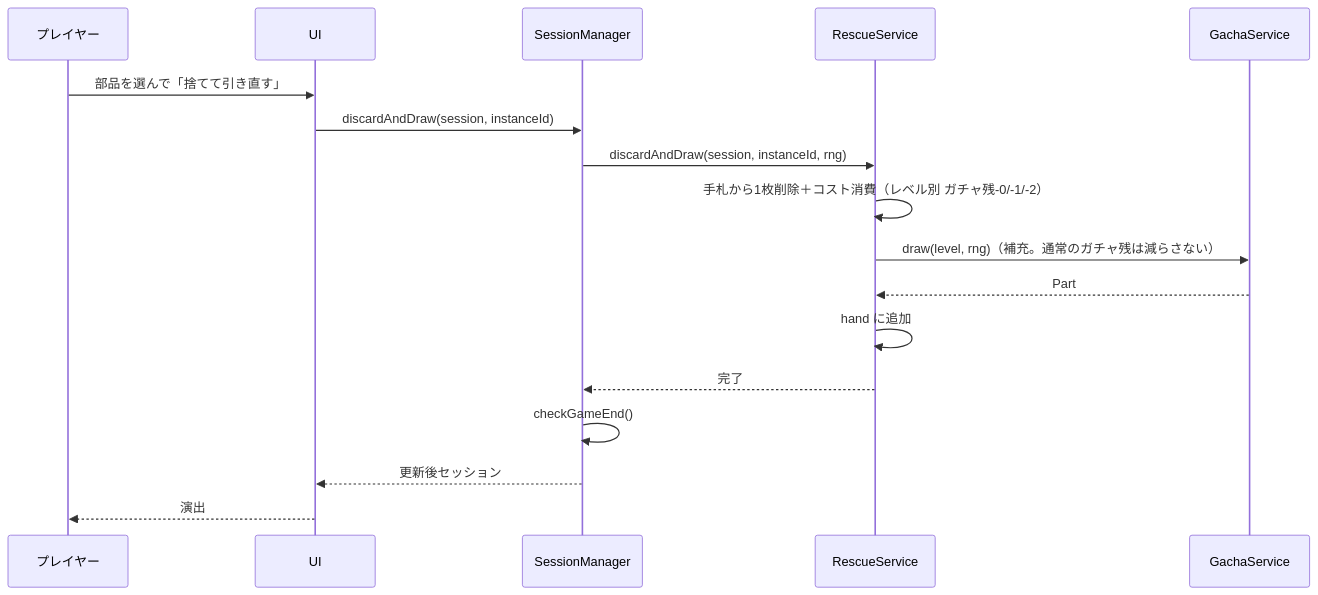
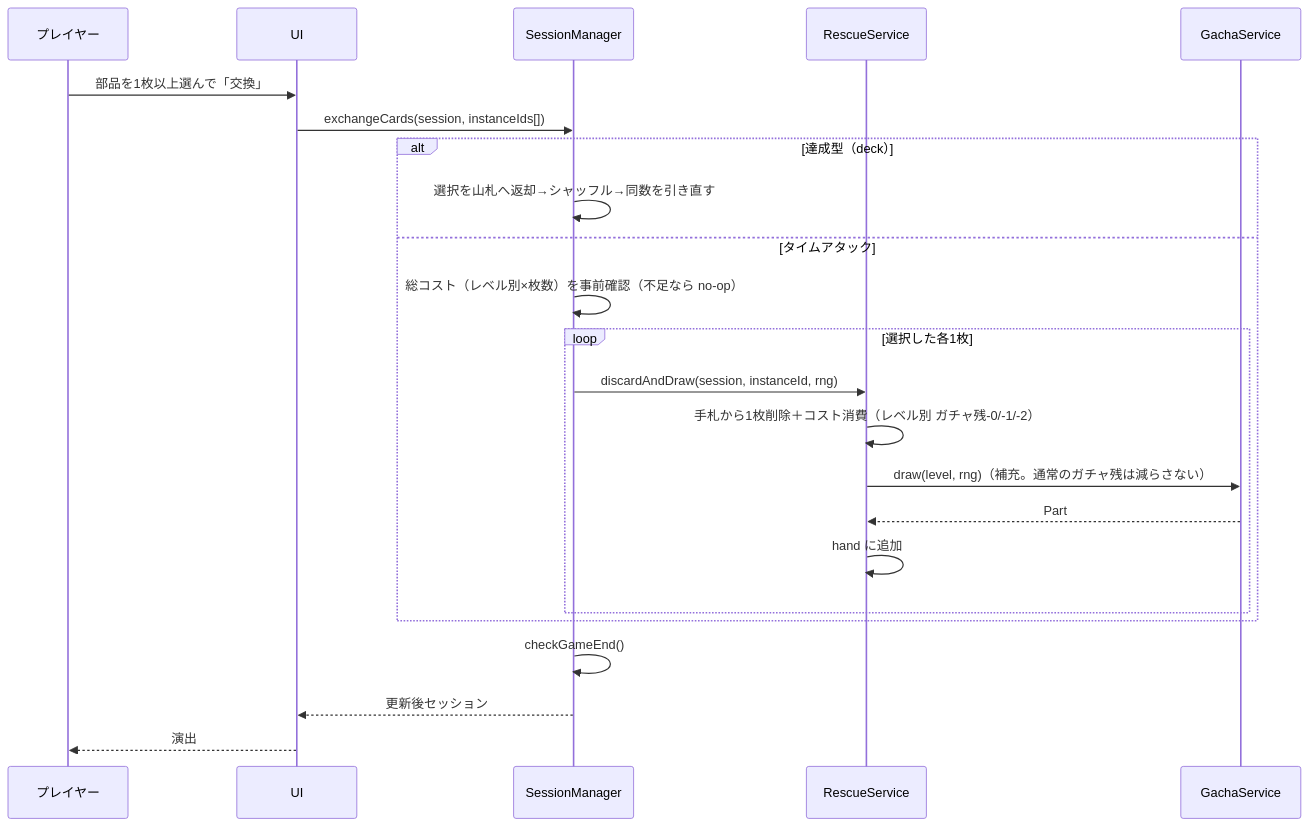
Before and after one commit to fuji18/kanji_gacha: the seventh of 7 diagrams in docs/functional-design.md, drawn with Mermaid. The commit also changed other lines of this file and 2 other files, not shown here.

````diff
--- a/docs/functional-design.md
+++ b/docs/functional-design.md
@@ -625,20 +639,26 @@
 ```mermaid
 sequenceDiagram
     participant U as プレイヤー
     participant UI
     participant SM as SessionManager
     participant R as RescueService
     participant G as GachaService
 
-    U->>UI: 部品を選んで「捨てて引き直す」
-    UI->>SM: discardAndDraw(session, instanceId)
-    SM->>R: discardAndDraw(session, instanceId, rng)
-    R->>R: 手札から1枚削除＋コスト消費（レベル別 ガチャ残-0/-1/-2）
-    R->>G: draw(level, rng)（補充。通常のガチャ残は減らさない）
-    G-->>R: Part
-    R->>R: hand に追加
-    R-->>SM: 完了
+    U->>UI: 部品を1枚以上選んで「交換」
+    UI->>SM: exchangeCards(session, instanceIds[])
+    alt 達成型（deck）
+        SM->>SM: 選択を山札へ返却→シャッフル→同数を引き直す
+    else タイムアタック
+        SM->>SM: 総コスト（レベル別×枚数）を事前確認（不足なら no-op）
+        loop 選択した各1枚
+            SM->>R: discardAndDraw(session, instanceId, rng)
+            R->>R: 手札から1枚削除＋コスト消費（レベル別 ガチャ残-0/-1/-2）
+            R->>G: draw(level, rng)（補充。通常のガチャ残は減らさない）
+            G-->>R: Part
+            R->>R: hand に追加
+        end
+    end
     SM->>SM: checkGameEnd()
     SM-->>UI: 更新後セッション
     UI-->>U: 演出
 ```
````
